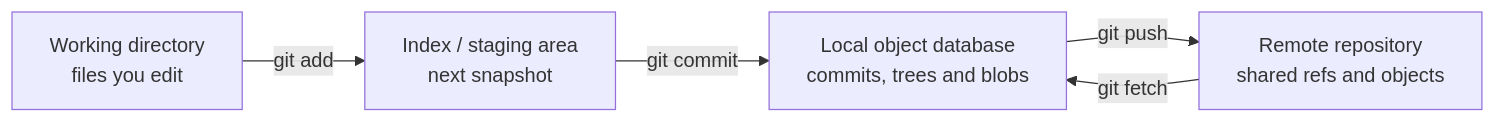
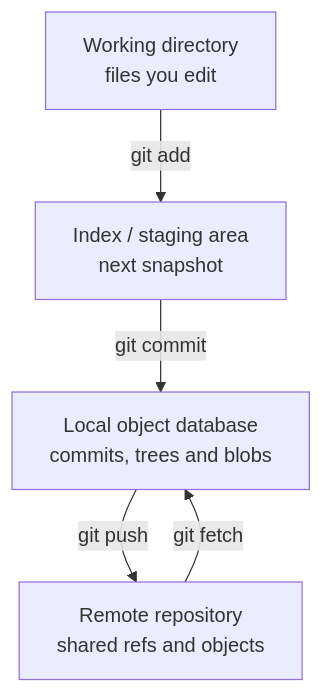
One commit to jeevanm84/git-command-master-map changed the first of 2 diagrams in docs/GIT_DATA_MODEL.md. Above: the diagram before and after it, drawn with Mermaid. The commit also changed 2 other files, not shown here.

Commit message:
Improve architecture diagram readability (#5)

````diff
--- a/docs/GIT_DATA_MODEL.md
+++ b/docs/GIT_DATA_MODEL.md
@@ -7,12 +7,12 @@
 ```mermaid
-flowchart LR
+flowchart TB
   WD[Working directory<br/>files you edit]
   Index[Index / staging area<br/>next snapshot]
   Repo[Local object database<br/>commits, trees and blobs]
   Remote[Remote repository<br/>shared refs and objects]
 
   WD -->|git add| Index
   Index -->|git commit| Repo
   Repo -->|git push| Remote
   Remote -->|git fetch| Repo
 ```
````
